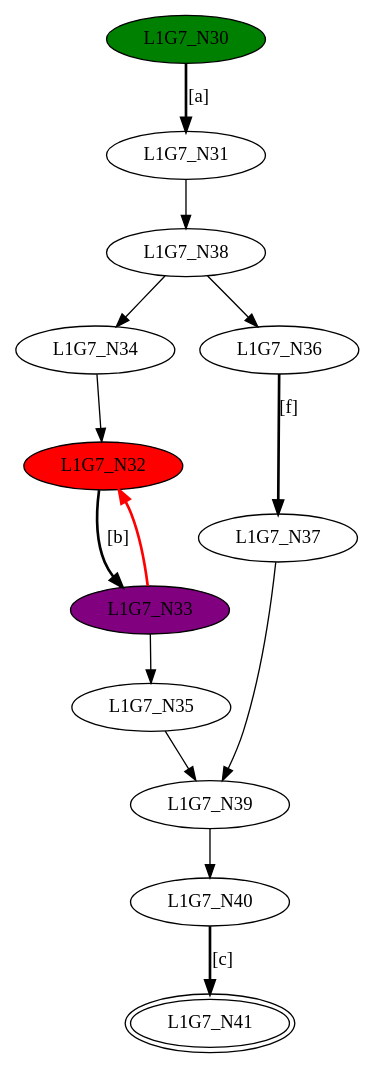
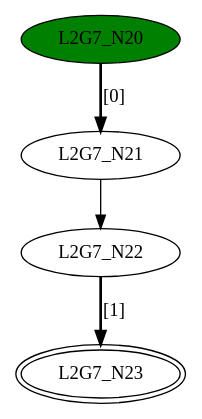
One commit to GDimitroulakos/EDUFLEX changed the diagram in DFASimulator/Testbench/Concatenation_G7.dot. Above: the diagram before and after it, drawn with Graphviz. The commit also changed 192 other files, not shown here.

```diff
--- a/DFASimulator/Testbench/Concatenation_G7.dot
+++ b/DFASimulator/Testbench/Concatenation_G7.dot
@@ -1,27 +1,9 @@
 digraph G7{
-"L1G7_N30" [style=filled,fillcolor=green];
-"L1G7_N31";
-"L1G7_N32" [style=filled,fillcolor=red];
-"L1G7_N33" [style=filled,fillcolor=purple];
-"L1G7_N34";
-"L1G7_N35";
-"L1G7_N36";
-"L1G7_N37";
-"L1G7_N38";
-"L1G7_N39";
-"L1G7_N40";
-"L1G7_N41" [peripheries=2];
-"L1G7_N30"->"L1G7_N31" [style = bold, label = "[a]"];
-"L1G7_N32"->"L1G7_N33" [style = bold, label = "[b]"];
-"L1G7_N34"->"L1G7_N32";
-"L1G7_N33"->"L1G7_N35";
-"L1G7_N33"->"L1G7_N32" [color=red,style = bold, label = ""];
-"L1G7_N36"->"L1G7_N37" [style = bold, label = "[f]"];
-"L1G7_N38"->"L1G7_N34";
-"L1G7_N38"->"L1G7_N36";
-"L1G7_N37"->"L1G7_N39";
-"L1G7_N35"->"L1G7_N39";
-"L1G7_N31"->"L1G7_N38";
-"L1G7_N40"->"L1G7_N41" [style = bold, label = "[c]"];
-"L1G7_N39"->"L1G7_N40";
+"L2G7_N20" [style=filled,fillcolor=green];
+"L2G7_N21";
+"L2G7_N22";
+"L2G7_N23" [peripheries=2];
+"L2G7_N20"->"L2G7_N21" [style = bold, label = "[0]"];
+"L2G7_N22"->"L2G7_N23" [style = bold, label = "[1]"];
+"L2G7_N21"->"L2G7_N22";
 }
```
